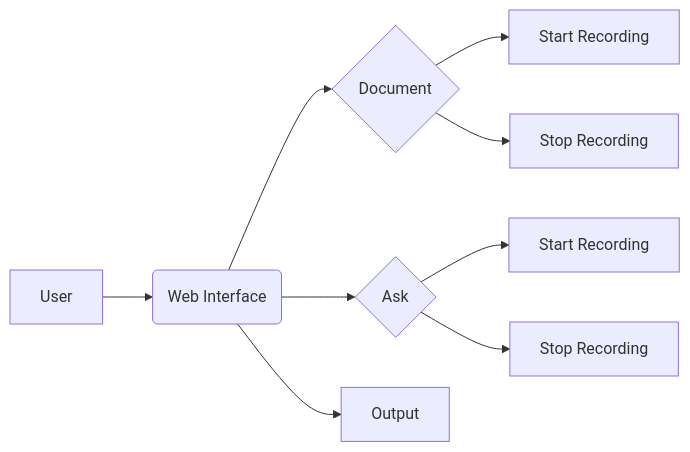
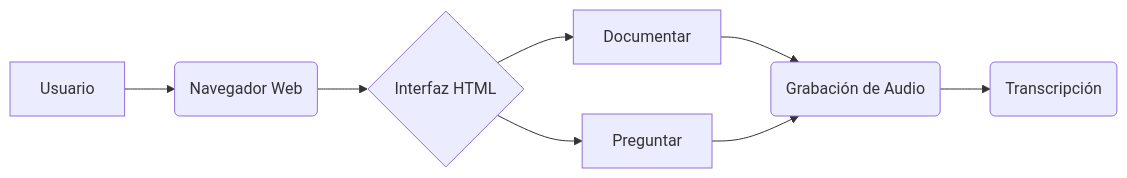
One commit to Stevenmch/docs changed the diagram in readme_html2.md. Above: the diagram before and after it, drawn with Mermaid. The commit also changed other lines of this file, not shown here.

````diff
--- a/readme_html2.md
+++ b/readme_html2.md
@@ -9,11 +9,10 @@
 ```mermaid
 graph LR
-A[User] --> B(Web Interface)
-B --> C{Document}
-B --> D{Ask}
-C --> E[Start Recording]
-C --> F[Stop Recording]
-D --> G[Start Recording]
-D --> H[Stop Recording]
-B --> I[Output]
+A[Usuario] --> B(Navegador Web)
+B --> C{Interfaz HTML}
+C --> D[Documentar]
+C --> E[Preguntar]
+D --> F(Grabación de Audio)
+E --> F
+F --> G(Transcripción)
 ```
````
